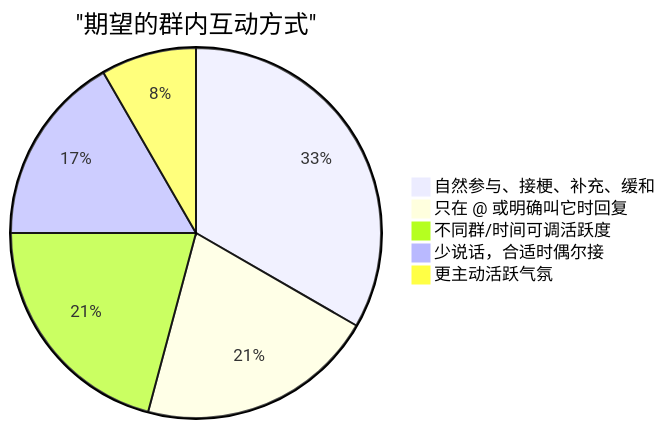
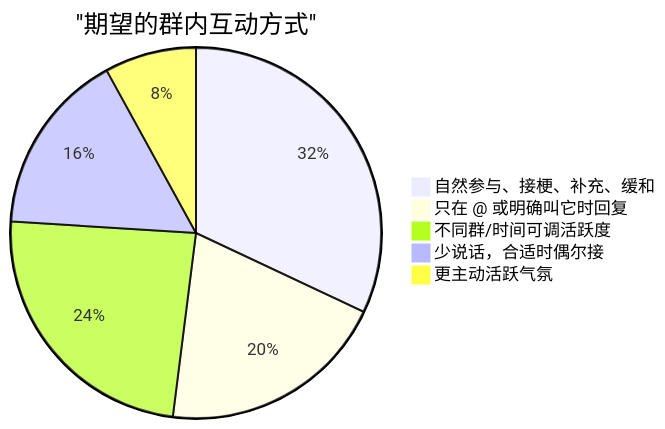
The third of 3 diagrams in 数据分析/QQ群机器人功能反馈问卷分析报告_2026-05-19.md (Junliang-Lyu/astrbot-napcat-docker), drawn with Mermaid before and after one commit. The commit also changed other lines of this file and 2 other files, not shown here.

````diff
--- a/数据分析/QQ群机器人功能反馈问卷分析报告_2026-05-19.md
+++ b/数据分析/QQ群机器人功能反馈问卷分析报告_2026-05-19.md
@@ -134,8 +133,8 @@
 ```mermaid
 pie title "期望的群内互动方式"
     "自然参与、接梗、补充、缓和" : 8
     "只在 @ 或明确叫它时回复" : 5
-    "不同群/时间可调活跃度" : 5
+    "不同群/时间可调活跃度" : 6
     "少说话，合适时偶尔接" : 4
     "更主动活跃气氛" : 2
 ```
````
